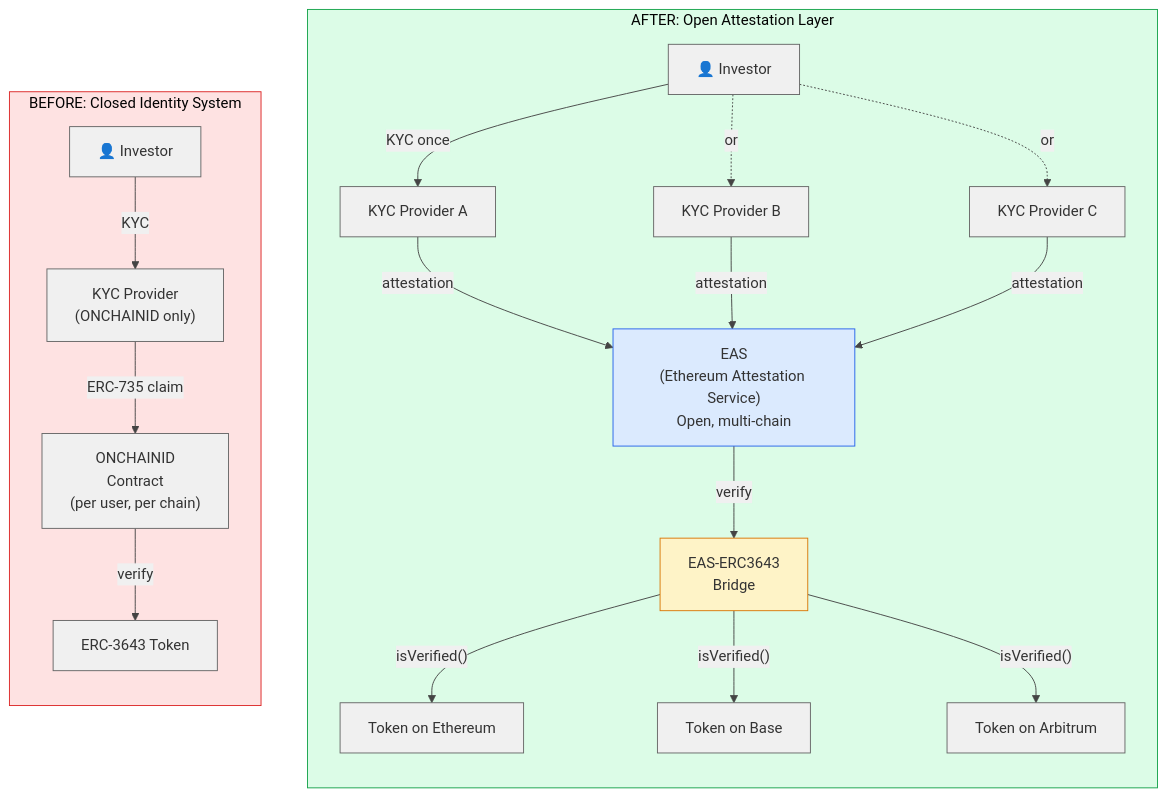
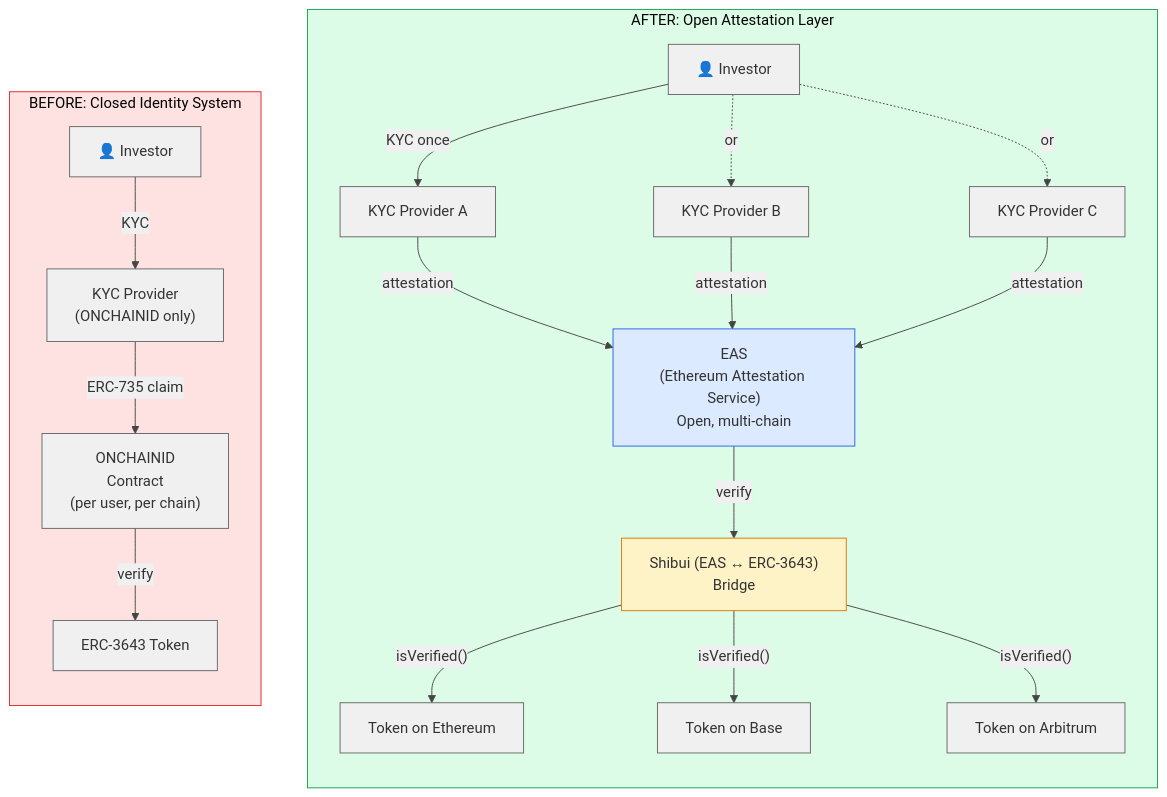
Before and after one commit to EntEthAlliance/rnd-rwa-erc3643-eas: the diagram in diagrams/bridge-before-after.mmd, drawn with Mermaid. The commit also changed 5 other files, not shown here.

Commit message:
docs(diagrams): refresh Shibui MVP diagrams

```diff
--- a/diagrams/bridge-before-after.mmd
+++ b/diagrams/bridge-before-after.mmd
@@ -1,44 +1,44 @@
 %%{init: {'theme': 'base', 'themeVariables': { 'primaryColor': '#f0f0f0', 'primaryTextColor': '#333', 'primaryBorderColor': '#666', 'lineColor': '#444'}}}%%
 flowchart LR
     subgraph Before["BEFORE: Closed Identity System"]
         direction TB
         B_Investor["👤 Investor"]
         B_Provider["KYC Provider<br/>(ONCHAINID only)"]
         B_Identity["ONCHAINID<br/>Contract<br/>(per user, per chain)"]
         B_Token["ERC-3643 Token"]
 
         B_Investor -->|"KYC"| B_Provider
         B_Provider -->|"ERC-735 claim"| B_Identity
         B_Identity -->|"verify"| B_Token
     end
 
     subgraph After["AFTER: Open Attestation Layer"]
         direction TB
         A_Investor["👤 Investor"]
         A_Provider1["KYC Provider A"]
         A_Provider2["KYC Provider B"]
         A_Provider3["KYC Provider C"]
         A_EAS["EAS<br/>(Ethereum Attestation Service)<br/>Open, multi-chain"]
-        A_Bridge["EAS-ERC3643<br/>Bridge"]
+        A_Bridge["Shibui (EAS ↔ ERC-3643)<br/>Bridge"]
         A_Token1["Token on Ethereum"]
         A_Token2["Token on Base"]
         A_Token3["Token on Arbitrum"]
 
         A_Investor -->|"KYC once"| A_Provider1
         A_Investor -.->|"or"| A_Provider2
         A_Investor -.->|"or"| A_Provider3
         A_Provider1 -->|"attestation"| A_EAS
         A_Provider2 -->|"attestation"| A_EAS
         A_Provider3 -->|"attestation"| A_EAS
         A_EAS -->|"verify"| A_Bridge
         A_Bridge -->|"isVerified()"| A_Token1
         A_Bridge -->|"isVerified()"| A_Token2
         A_Bridge -->|"isVerified()"| A_Token3
     end
 
     Before ~~~ After
 
     style Before fill:#fee2e2,stroke:#dc2626
     style After fill:#dcfce7,stroke:#16a34a
     style A_EAS fill:#dbeafe,stroke:#2563eb
     style A_Bridge fill:#fef3c7,stroke:#d97706
```
